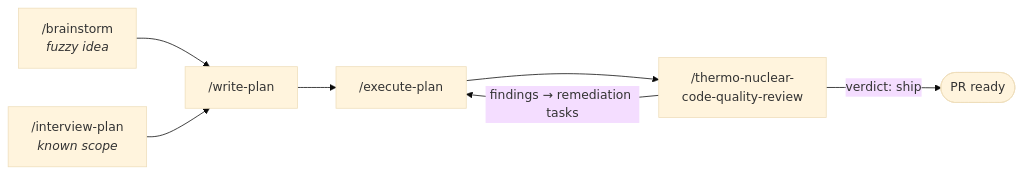
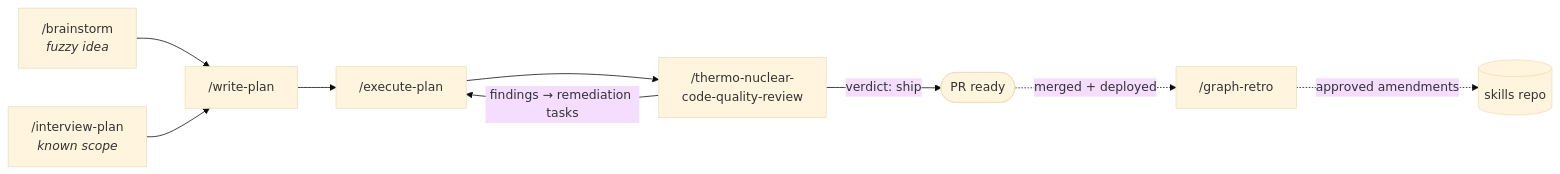
The diagram in README.md (ayberkcansever/ai-skills), drawn with Mermaid (base theme) before and after one commit. The commit also changed other lines of this file and 2 other files, not shown here.

First line of the commit message:
feat: add graph-retro — post-deploy retrospective that improves the skill chain

````diff
--- a/README.md
+++ b/README.md
@@ -65,9 +70,11 @@
 ```mermaid
 flowchart LR
     B["/brainstorm<br/><i>fuzzy idea</i>"] --> W["/write-plan"]
     I["/interview-plan<br/><i>known scope</i>"] --> W
     W --> E["/execute-plan"]
     E --> R["/thermo-nuclear-<br/>code-quality-review"]
     R -->|"verdict: ship"| PR(["PR ready"])
     R -->|"findings → remediation tasks"| E
+    PR -.->|"merged + deployed"| G["/graph-retro"]
+    G -.->|"approved amendments"| S[("skills repo")]
 ```
````
